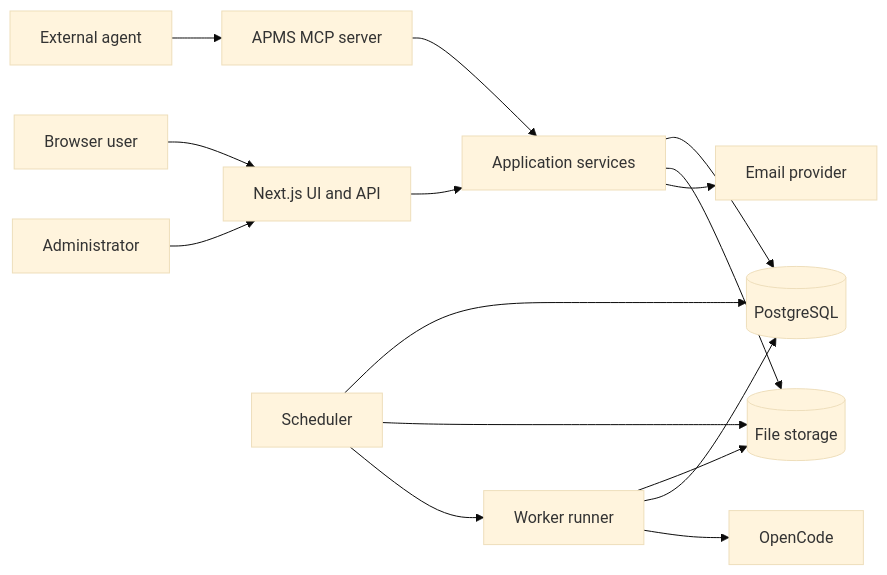
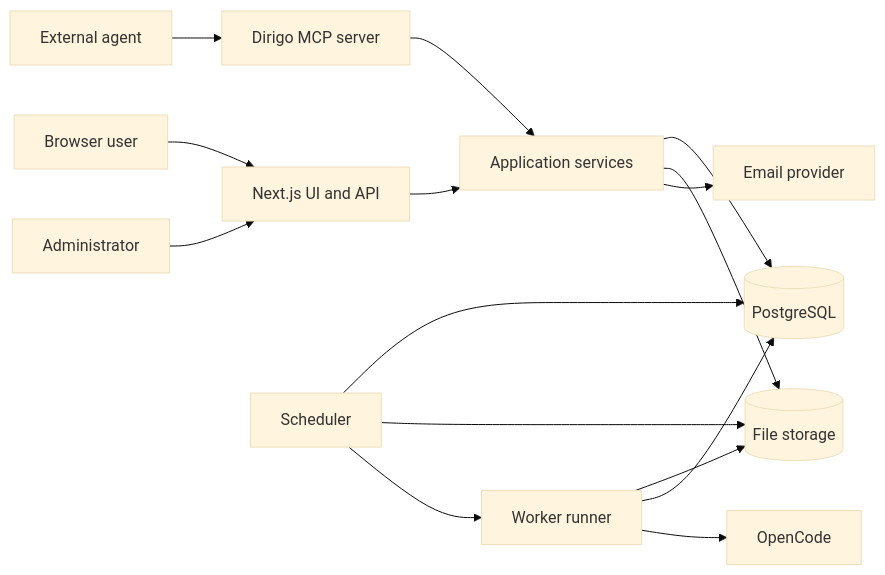
The first of 5 diagrams in docs/ARCHITECTURE.md (lisyoen/apms), drawn with Mermaid (base theme) before and after one commit. The commit also changed other lines of this file and 31 other files, not shown here.

Commit message:
feat: rename APMS to Dirigo in README, package and UI (#3)

````diff
--- a/docs/ARCHITECTURE.md
+++ b/docs/ARCHITECTURE.md
@@ -47,17 +49,17 @@
 ```mermaid
 flowchart LR
   U[Browser user] --> W[Next.js UI and API]
   A[Administrator] --> W
-  M[External agent] --> MCP[APMS MCP server]
+  M[External agent] --> MCP[Dirigo MCP server]
   MCP --> SVC[Application services]
   W --> SVC
   SVC --> DB[(PostgreSQL)]
   SVC --> FS[(File storage)]
   SCH[Scheduler] --> DB
   SCH --> FS
   SCH --> RUN[Worker runner]
   RUN --> FS
   RUN --> DB
   RUN --> OC[OpenCode]
   SVC --> MAIL[Email provider]
 ```
````
